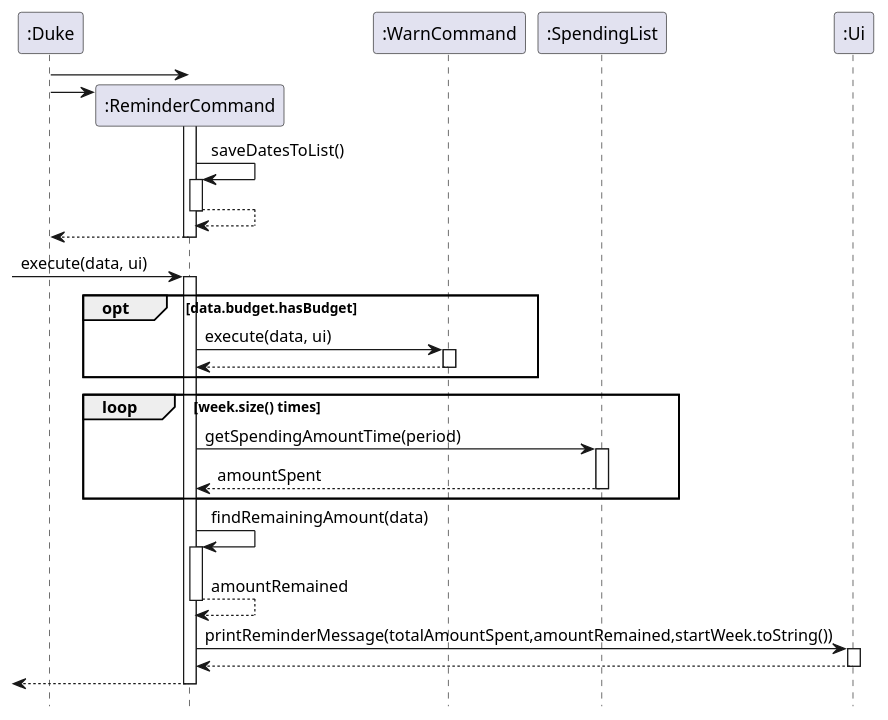
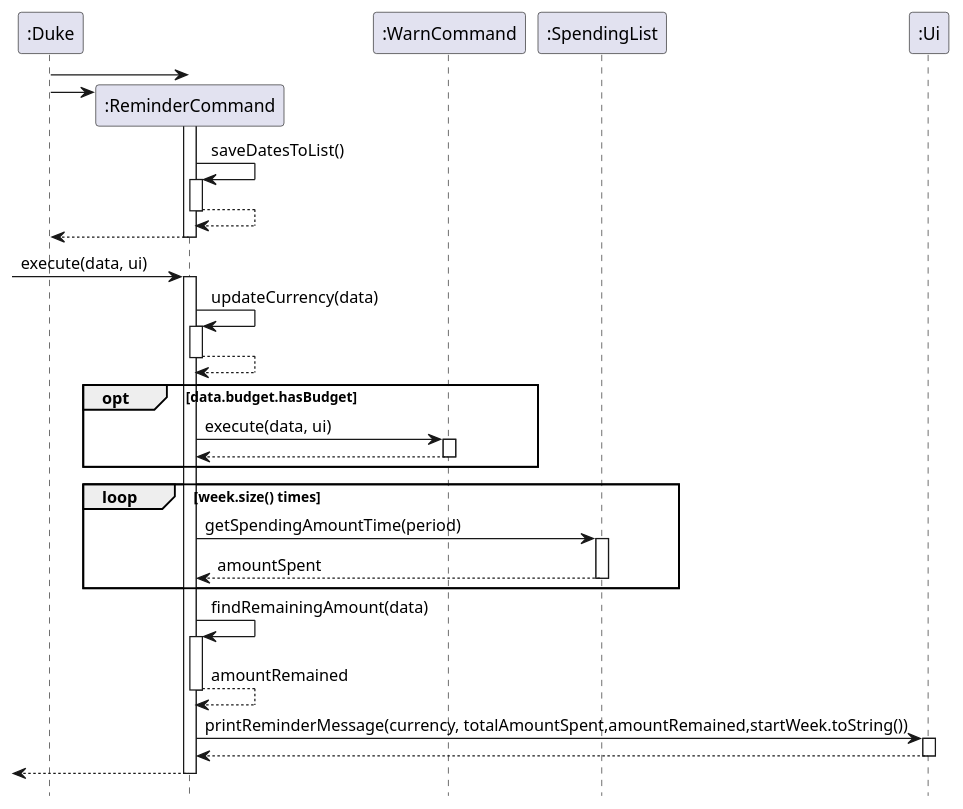
Before and after one commit to xieyaoyue/tp: the diagram in src/uml/sequence diagrams/reminder.puml, drawn with PlantUML. The commit also changed 4 other files, not shown here.

```diff
--- a/src/uml/sequence diagrams/reminder.puml
+++ b/src/uml/sequence diagrams/reminder.puml
@@ -1,50 +1,55 @@
 @startuml
 hide footbox
 
 ":Duke" -> ":ReminderCommand"
 create ":ReminderCommand"
 ":Duke" -> ":ReminderCommand"
 activate ":ReminderCommand"
 
 ":ReminderCommand" -> ":ReminderCommand" : saveDatesToList()
 activate ":ReminderCommand"
 ":ReminderCommand" --> ":ReminderCommand"
 deactivate ":ReminderCommand"
 ":ReminderCommand" --> ":Duke"
 deactivate ":ReminderCommand"
 
 
 ->":ReminderCommand" : execute(data, ui)
 
 activate ":ReminderCommand"
+
+":ReminderCommand" -> ":ReminderCommand" : updateCurrency(data)
+activate ":ReminderCommand"
+":ReminderCommand" --> ":ReminderCommand"
+deactivate ":ReminderCommand"
 
 opt data.budget.hasBudget
 ":ReminderCommand" -> ":WarnCommand" : execute(data, ui)
 activate ":WarnCommand"
 ":WarnCommand" --> ":ReminderCommand"
 deactivate ":WarnCommand"
 end
 
 loop week.size() times
 
 ":ReminderCommand" -> ":SpendingList" : getSpendingAmountTime(period)
 activate ":SpendingList"
 ":SpendingList" --> ":ReminderCommand" : amountSpent
 deactivate ":SpendingList"
 
 end
 
 ":ReminderCommand" -> ":ReminderCommand" : findRemainingAmount(data)
 activate ":ReminderCommand"
 ":ReminderCommand" --> ":ReminderCommand" : amountRemained
 deactivate ":ReminderCommand"
 
 
-":ReminderCommand" -> ":Ui" : printReminderMessage(totalAmountSpent,amountRemained,startWeek.toString())
+":ReminderCommand" -> ":Ui" : printReminderMessage(currency, totalAmountSpent,amountRemained,startWeek.toString())
 activate ":Ui"
 ":Ui" --> ":ReminderCommand"
 deactivate ":Ui"
 <-- ":ReminderCommand"
 deactivate ":ReminderCommand"
 
 @enduml
```
